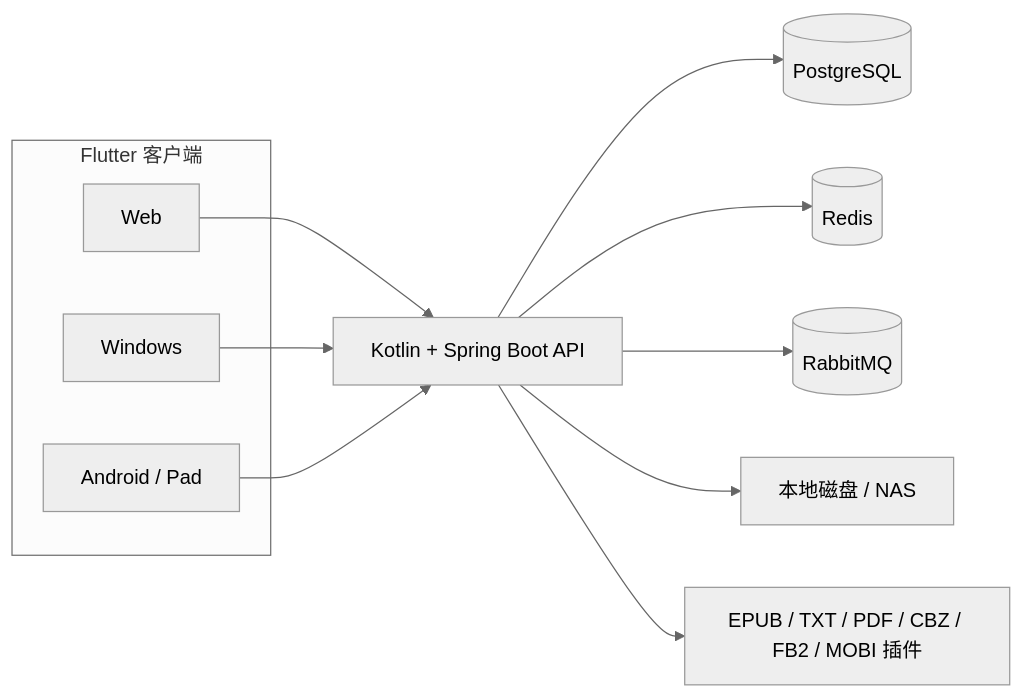
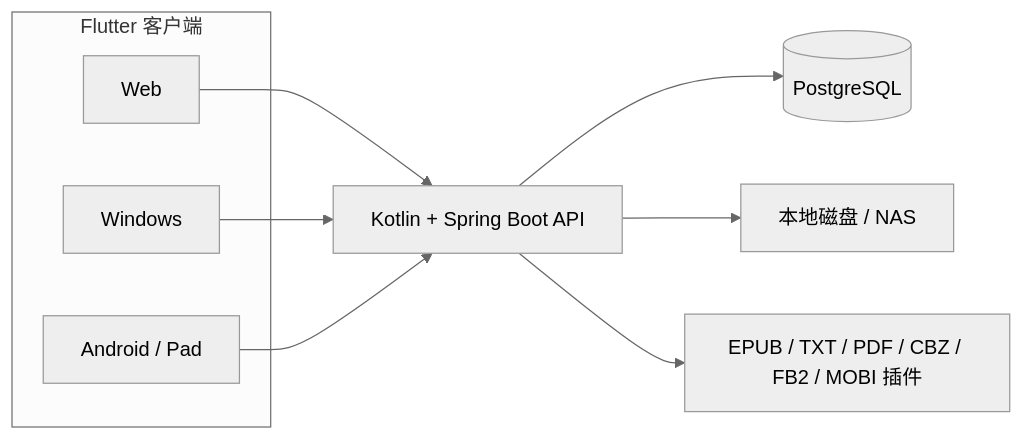
Before and after one commit to mini2436/Books: the diagram in README.md, drawn with Mermaid (neutral theme). The commit also changed other lines of this file and 11 other files, not shown here.

Commit message:
移除 Redis 与 RabbitMQ 依赖

````diff
--- a/README.md
+++ b/README.md
@@ -65,18 +65,16 @@
 ```mermaid
 flowchart LR
     subgraph Client["Flutter 客户端"]
         Web["Web"]
         Windows["Windows"]
         Android["Android / Pad"]
     end
 
     Web --> API
     Windows --> API
     Android --> API
 
     API["Kotlin + Spring Boot API"] --> PG[("PostgreSQL")]
-    API --> Redis[("Redis")]
-    API --> MQ[("RabbitMQ")]
     API --> Storage["本地磁盘 / NAS"]
     API --> Plugins["EPUB / TXT / PDF / CBZ / FB2 / MOBI 插件"]
 ```
````
